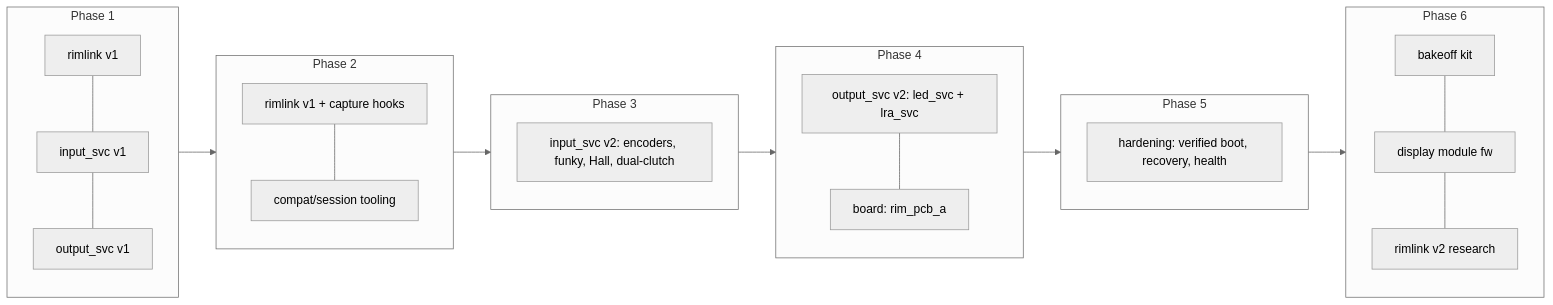
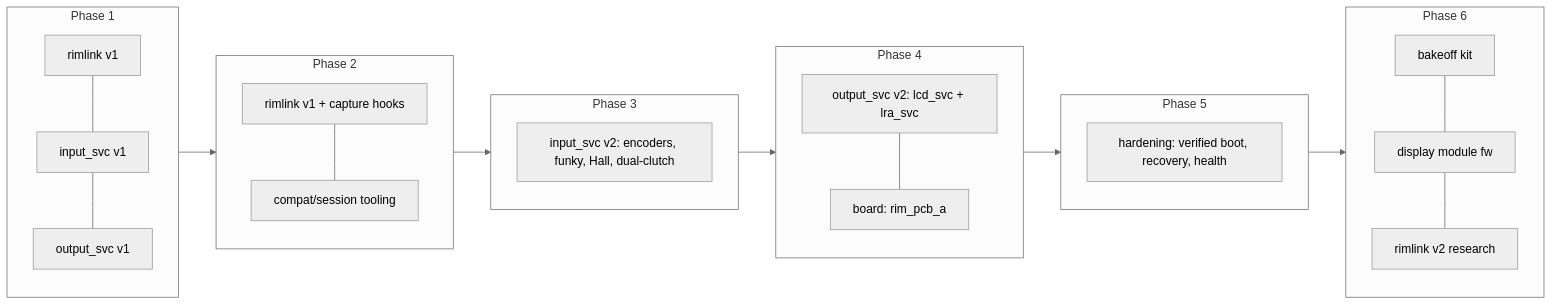
One commit to nguyentri/fanatec-wheel changed the first of 3 diagrams in docs/phases2-6-software-spec.md. Above: the diagram before and after it, drawn with Mermaid (neutral theme). The commit also changed other lines of this file and 45 other files, not shown here.

````diff
--- a/docs/phases2-6-software-spec.md
+++ b/docs/phases2-6-software-spec.md
@@ -39,22 +41,22 @@
 ```mermaid
 flowchart LR
     subgraph P1[Phase 1]
         A1[rimlink v1] --- I1[input_svc v1] --- O1[output_svc v1]
     end
     subgraph P2[Phase 2]
         A1b[rimlink v1 + capture hooks] --- C2[compat/session tooling]
     end
     subgraph P3[Phase 3]
         I2[input_svc v2: encoders, funky, Hall, dual-clutch]
     end
     subgraph P4[Phase 4]
-        O2[output_svc v2: led_svc + lra_svc] --- B4[board: rim_pcb_a]
+        O2[output_svc v2: lcd_svc + lra_svc] --- B4[board: rim_pcb_a]
     end
     subgraph P5[Phase 5]
         H5[hardening: verified boot, recovery, health]
     end
     subgraph P6[Phase 6]
         K6[bakeoff kit] --- D6[display module fw] --- A2v[rimlink v2 research]
     end
     P1 --> P2 --> P3 --> P4 --> P5 --> P6
 ```
````
